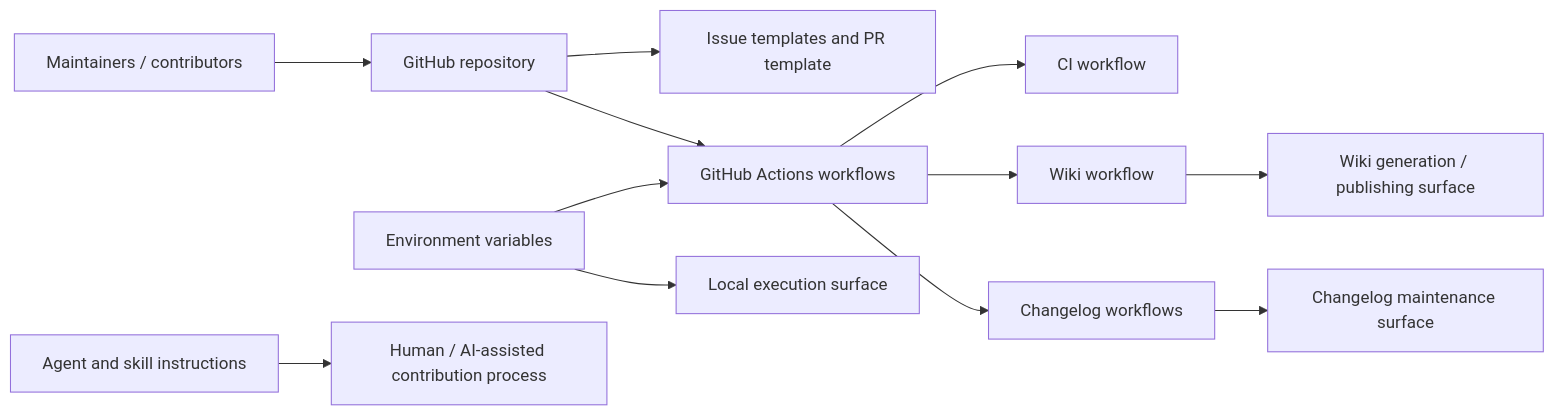
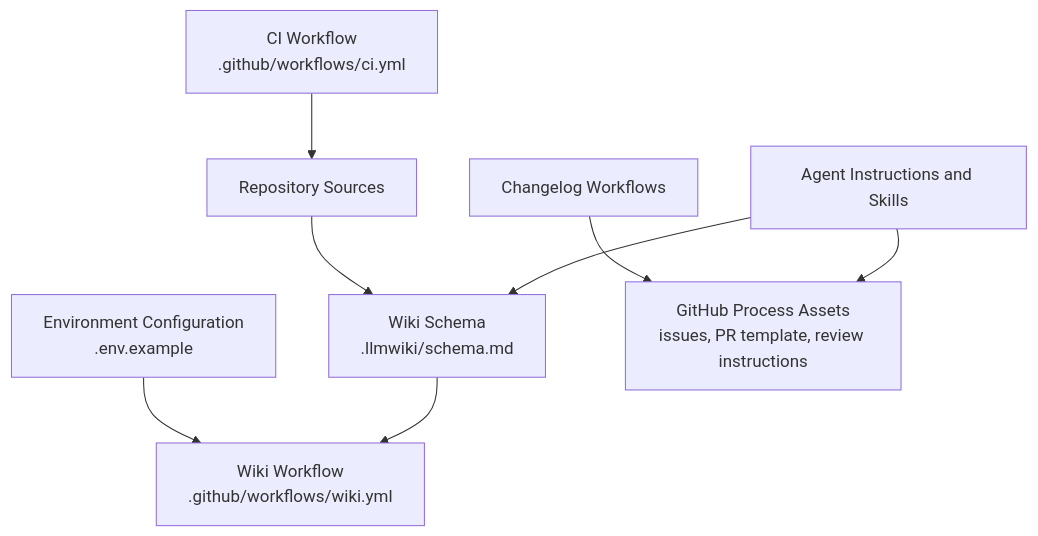
Before and after one commit to mfittko/repo-wiki: the second of 5 diagrams in Architecture.md, drawn with Mermaid. The commit also changed other lines of this file and 46 other files, not shown here.

Commit message:
Compile repository wiki 2026-06-12T23:17:13.206Z

````diff
--- a/Architecture.md
+++ b/Architecture.md
@@ -41,21 +133,19 @@
 ```mermaid
-flowchart LR
-  User["Maintainers / contributors"] --> GitHubRepo["GitHub repository"]
-  GitHubRepo --> IssuesPRs["Issue templates and PR template"]
-  GitHubRepo --> Actions["GitHub Actions workflows"]
-  Actions --> CI["CI workflow"]
-  Actions --> Wiki["Wiki workflow"]
-  Actions --> Changelog["Changelog workflows"]
-  Wiki --> WikiOutput["Wiki generation / publishing surface"]
-  Changelog --> ChangelogOutput["Changelog maintenance surface"]
-  Env["Environment variables"] --> Actions
-  Env --> LocalRuns["Local execution surface"]
-  Agents["Agent and skill instructions"] --> Contributors["Human / AI-assisted contribution process"]
+flowchart TD
+  SourceRepo["Repository Sources"]
+  Env["Environment Configuration<br/>.env.example"]
+  Schema["Wiki Schema<br/>.llmwiki/schema.md"]
+  WikiWorkflow["Wiki Workflow<br/>.github/workflows/wiki.yml"]
+  CIWorkflow["CI Workflow<br/>.github/workflows/ci.yml"]
+  ChangelogWorkflows["Changelog Workflows"]
+  GitHubProcess["GitHub Process Assets<br/>issues, PR template, review instructions"]
+  Agents["Agent Instructions and Skills"]
 
-  click GitHubRepo ".github/ISSUE_TEMPLATE/config.yml"
-  click Actions ".github/workflows/ci.yml"
-  click Wiki ".github/workflows/wiki.yml"
-  click Changelog ".github/workflows/changelog-on-merge.yml"
-  click Env ".env.example"
-  click Agents ".github/agents/coordinator.agent.md"
+  SourceRepo --> Schema
+  Env --> WikiWorkflow
+  Schema --> WikiWorkflow
+  CIWorkflow --> SourceRepo
+  ChangelogWorkflows --> GitHubProcess
+  Agents --> GitHubProcess
+  Agents --> Schema
 ```
````
